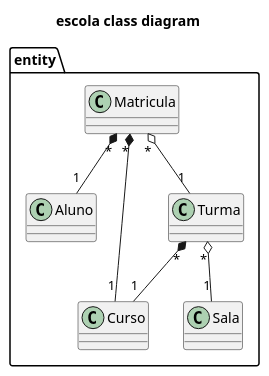
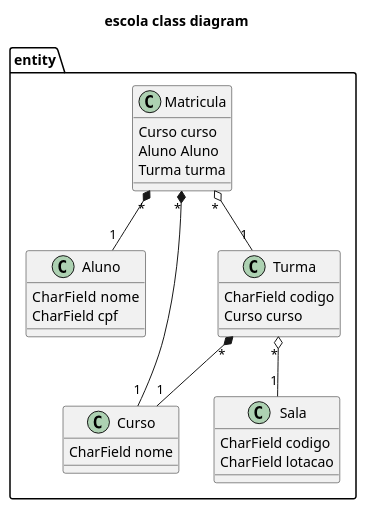
The diagram in project/class-diagram.plantuml (edubasilio/escola), drawn with PlantUML before and after one commit. The commit also changed 2 other files, not shown here.

```diff
--- a/project/class-diagram.plantuml
+++ b/project/class-diagram.plantuml
@@ -1,15 +1,40 @@
 @startuml
 
 title escola class diagram
 
 
 package entity {
+    class Aluno {
+        CharField  nome
+        CharField cpf
+    }
+
+    class Sala {
+        CharField codigo
+        CharField lotacao
+    }
+
+    class Curso {
+        CharField nome
+    }
+
+    class Turma {
+        CharField codigo
+        Curso curso
+    }
+
+    class Matricula {
+        Curso curso
+        Aluno Aluno
+        Turma turma
+    }
+
     Matricula "*" *-- "1" Aluno
     Matricula "*" *-- "1" Curso
     Matricula "*" o-- "1" Turma
     Turma "*" o-- "1" Sala
     Turma "*" *-- "1" Curso
 }
 
 
 @enduml
```
